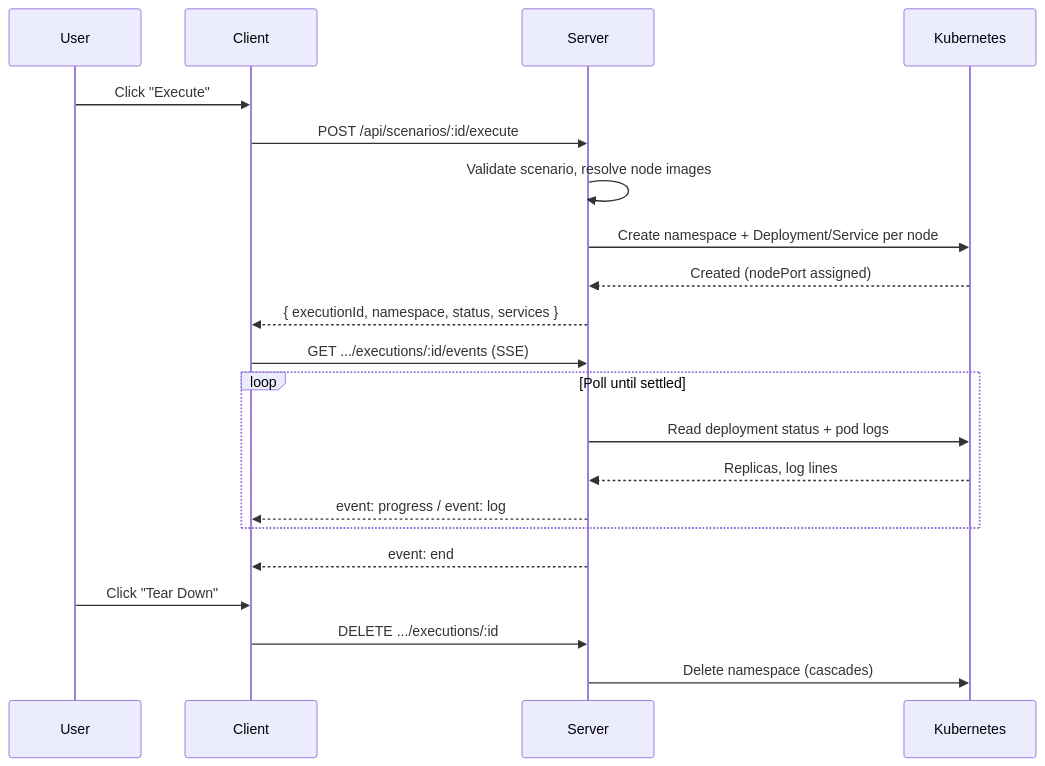
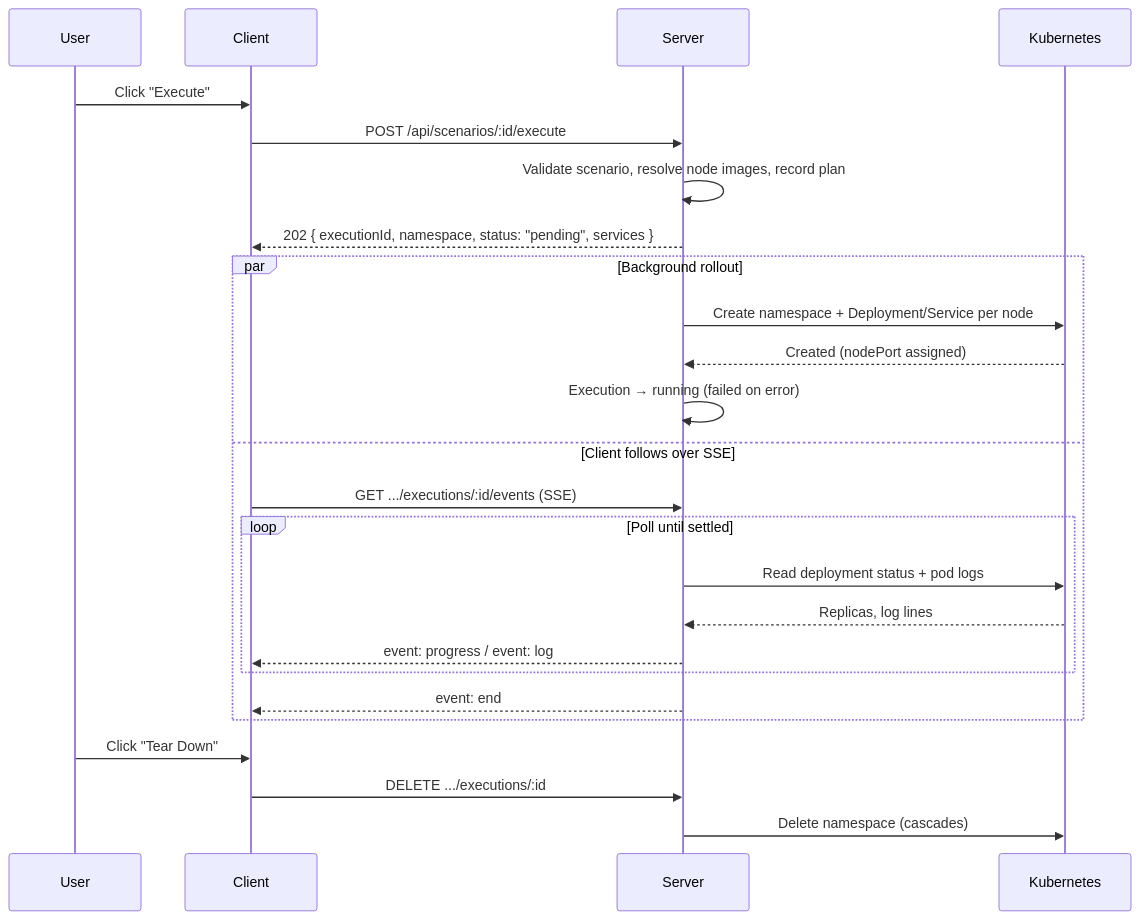
Before and after one commit to montimage-projects/mi-digitaltwin-management-service: the eighth of 10 diagrams in docs/architecture/data-flow.md, drawn with Mermaid. The commit also changed 14 other files, not shown here.

````diff
--- a/docs/architecture/data-flow.md
+++ b/docs/architecture/data-flow.md
@@ -166,26 +166,30 @@
 ```mermaid
 sequenceDiagram
  participant U as User
  participant C as Client
  participant S as Server
  participant K as Kubernetes
 
  U->>C: Click "Execute"
  C->>S: POST /api/scenarios/:id/execute
- S->>S: Validate scenario, resolve node images
+ S->>S: Validate scenario, resolve node images, record plan
+ S-->>C: 202 { executionId, namespace, status: "pending", services }
+
+ par Background rollout
  S->>K: Create namespace + Deployment/Service per node
  K-->>S: Created (nodePort assigned)
- S-->>C: { executionId, namespace, status, services }
-
+ S->>S: Execution → running (failed on error)
+ and Client follows over SSE
  C->>S: GET .../executions/:id/events (SSE)
  loop Poll until settled
  S->>K: Read deployment status + pod logs
  K-->>S: Replicas, log lines
  S-->>C: event: progress / event: log
  end
  S-->>C: event: end
+ end
 
  U->>C: Click "Tear Down"
  C->>S: DELETE .../executions/:id
  S->>K: Delete namespace (cascades)
 ```
````
